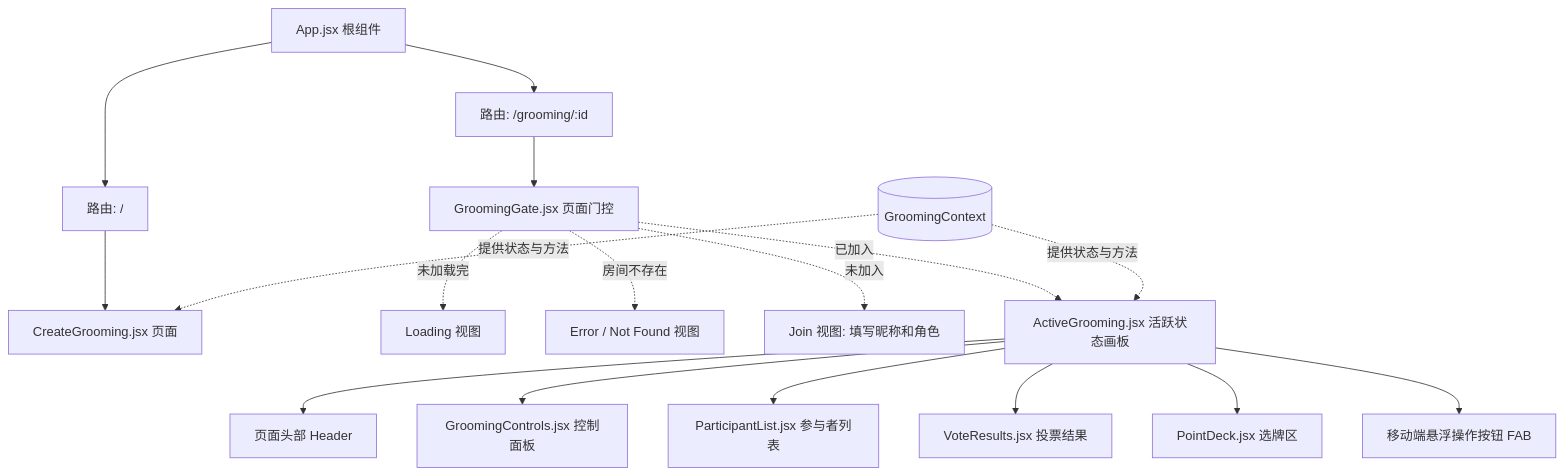
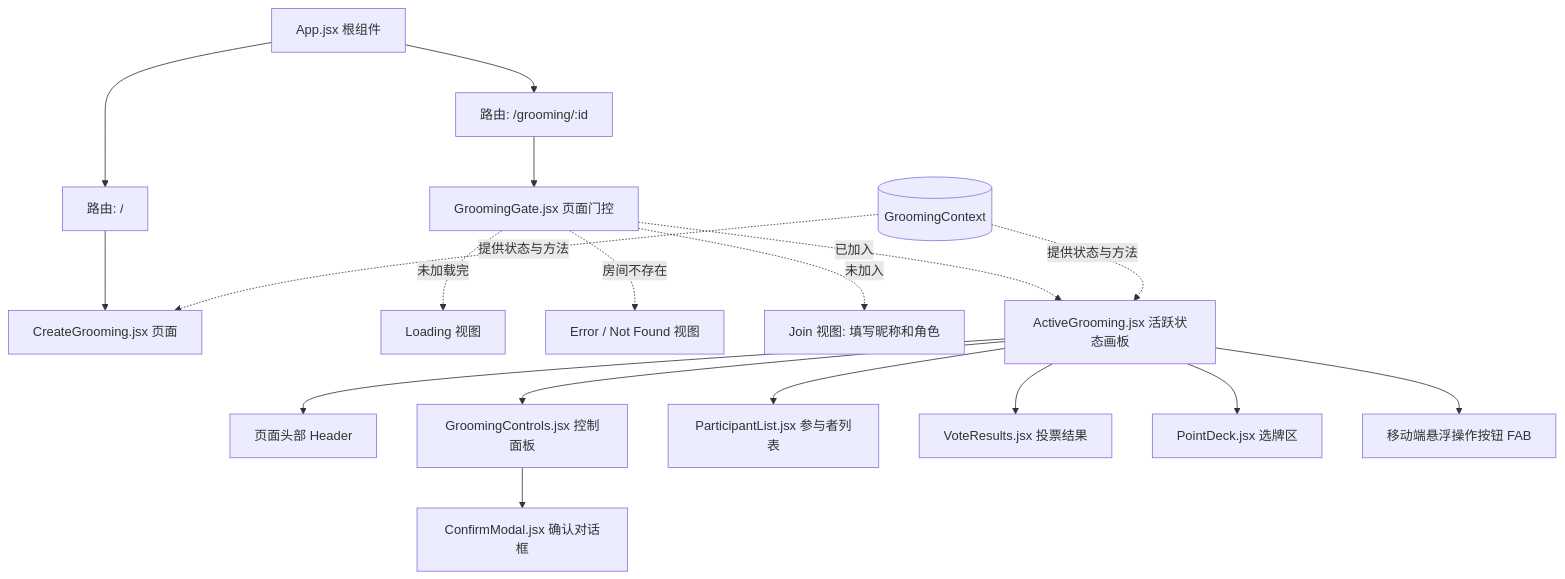
Before and after one commit to Acgsior/esppocker: the diagram in UI_COMPONENT_MAP.md, drawn with Mermaid. The commit also changed other lines of this file and 9 other files, not shown here.

````diff
--- a/UI_COMPONENT_MAP.md
+++ b/UI_COMPONENT_MAP.md
@@ -5,30 +5,31 @@
 ```mermaid
 graph TD
     App[App.jsx 根组件]
 
     %% 路由
     App --> RouteCreate[路由: /]
     App --> RouteGrooming[路由: /grooming/:id]
 
     %% 页面
     RouteCreate --> CreateGroomingPage[CreateGrooming.jsx 页面]
     RouteGrooming --> GroomingGatePage[GroomingGate.jsx 页面门控]
 
     %% GroomingGate 的不同视图状态
     GroomingGatePage -.->|未加载完| LoadingView[Loading 视图]
     GroomingGatePage -.->|房间不存在| ErrorView[Error / Not Found 视图]
     GroomingGatePage -.->|未加入| JoinForm[Join 视图: 填写昵称和角色]
     GroomingGatePage -.->|已加入| ActiveGrooming[ActiveGrooming.jsx 活跃状态画板]
 
     %% ActiveGrooming 子组件
     ActiveGrooming --> Header[页面头部 Header]
     ActiveGrooming --> GroomingControls[GroomingControls.jsx 控制面板]
+    GroomingControls --> ConfirmModal[ConfirmModal.jsx 确认对话框]
     ActiveGrooming --> ParticipantList[ParticipantList.jsx 参与者列表]
     ActiveGrooming --> VoteResults[VoteResults.jsx 投票结果]
     ActiveGrooming --> PointDeck[PointDeck.jsx 选牌区]
     ActiveGrooming --> FAB[移动端悬浮操作按钮 FAB]
 
     %% 全局上下文
     Context[(GroomingContext)] -.->|提供状态与方法| ActiveGrooming
     Context -.->|提供状态与方法| CreateGroomingPage
 ```
````
